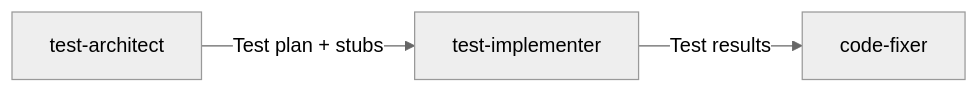
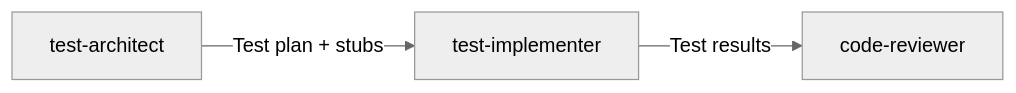
One commit to mudspot/prometheus-agents changed the second of 3 diagrams in docs/AGENT_USAGE_GUIDE.md. Above: the diagram before and after it, drawn with Mermaid (neutral theme). The commit also changed other lines of this file and 8 other files, not shown here.

First line of the commit message:
Release v0.4.1: Rename code-fixer to code-reviewer

````diff
--- a/docs/AGENT_USAGE_GUIDE.md
+++ b/docs/AGENT_USAGE_GUIDE.md
@@ -212,5 +212,5 @@
 ```mermaid
 graph LR
     A[test-architect] -->|Test plan + stubs| B[test-implementer]
-    B -->|Test results| C[code-fixer]
+    B -->|Test results| C[code-reviewer]
 ```
````
